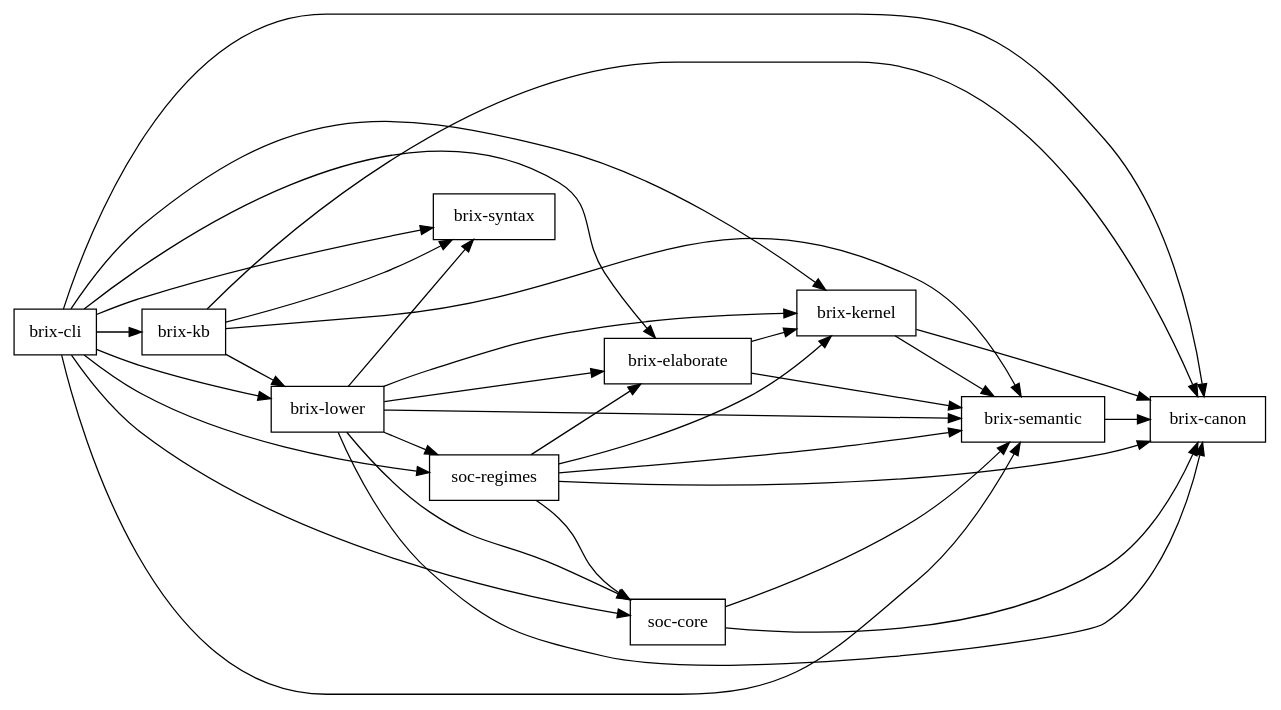
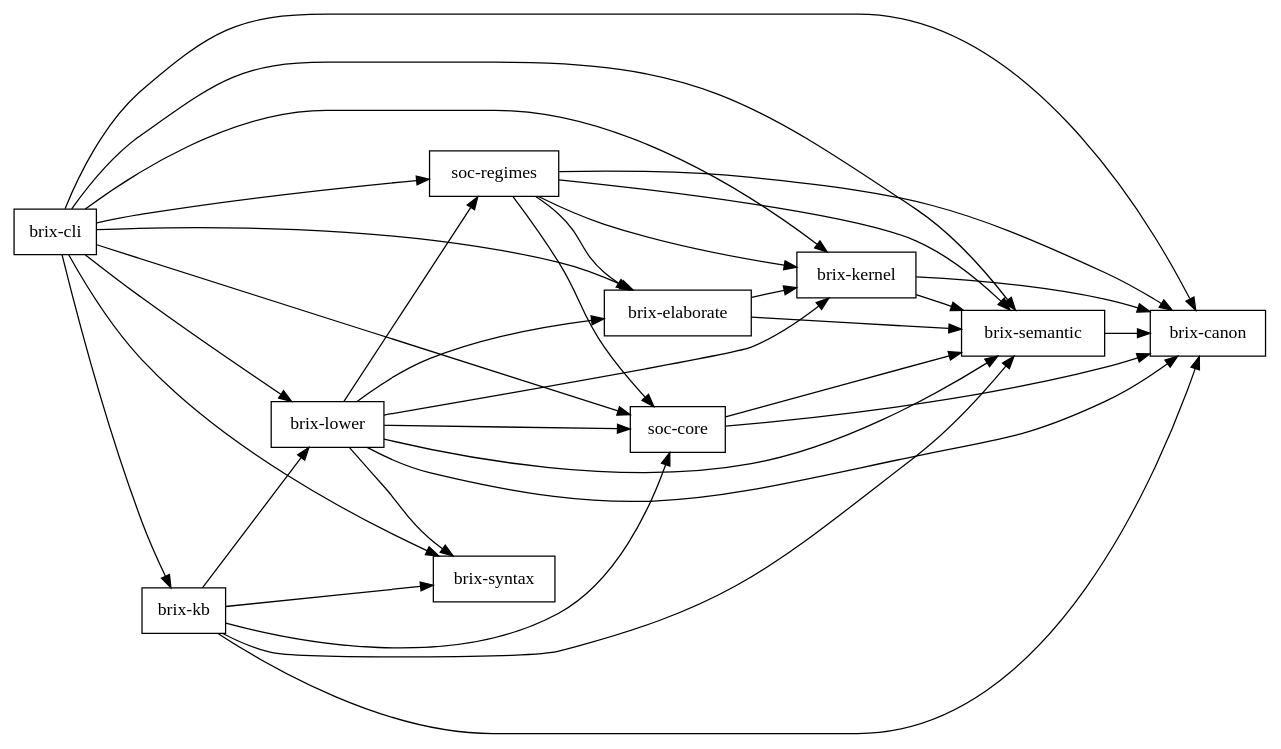
Before and after one commit to tbreijm/brixms: the diagram in docs/audit/issue-63/workspace-dependencies.dot, drawn with Graphviz. The commit also changed 106 other files, not shown here.

```diff
--- a/docs/audit/issue-63/workspace-dependencies.dot
+++ b/docs/audit/issue-63/workspace-dependencies.dot
@@ -1,46 +1,47 @@
 digraph brixms_workspace {
   rankdir=LR;
   node [shape=box];
   "brix-canon";
   "brix-cli";
   "brix-elaborate";
   "brix-kb";
   "brix-kernel";
   "brix-lower";
   "brix-semantic";
   "brix-syntax";
   "soc-core";
   "soc-regimes";
   "brix-cli" -> "brix-canon";
   "brix-cli" -> "brix-elaborate";
   "brix-cli" -> "brix-kb";
   "brix-cli" -> "brix-kernel";
   "brix-cli" -> "brix-lower";
   "brix-cli" -> "brix-semantic";
   "brix-cli" -> "brix-syntax";
   "brix-cli" -> "soc-core";
   "brix-cli" -> "soc-regimes";
   "brix-elaborate" -> "brix-kernel";
   "brix-elaborate" -> "brix-semantic";
   "brix-kb" -> "brix-canon";
   "brix-kb" -> "brix-lower";
   "brix-kb" -> "brix-semantic";
   "brix-kb" -> "brix-syntax";
+  "brix-kb" -> "soc-core";
   "brix-kernel" -> "brix-canon";
   "brix-kernel" -> "brix-semantic";
   "brix-lower" -> "brix-canon";
   "brix-lower" -> "brix-elaborate";
   "brix-lower" -> "brix-kernel";
   "brix-lower" -> "brix-semantic";
   "brix-lower" -> "brix-syntax";
   "brix-lower" -> "soc-core";
   "brix-lower" -> "soc-regimes";
   "brix-semantic" -> "brix-canon";
   "soc-core" -> "brix-canon";
   "soc-core" -> "brix-semantic";
   "soc-regimes" -> "brix-canon";
   "soc-regimes" -> "brix-elaborate";
   "soc-regimes" -> "brix-kernel";
   "soc-regimes" -> "brix-semantic";
   "soc-regimes" -> "soc-core";
 }
```
